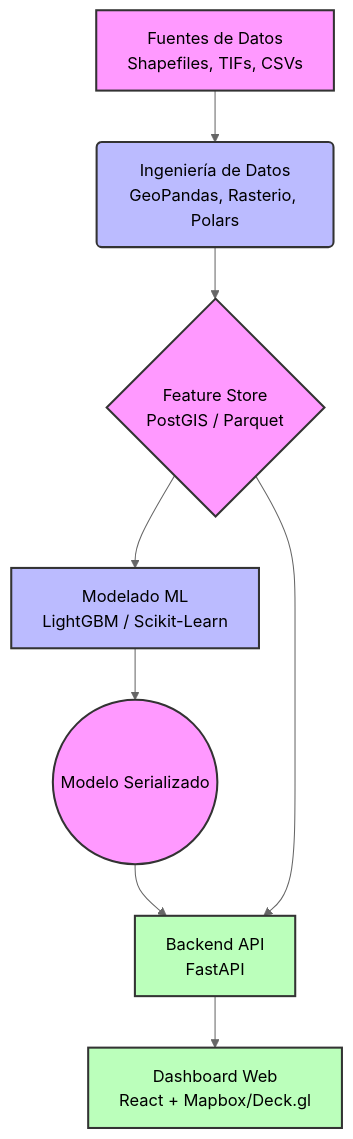
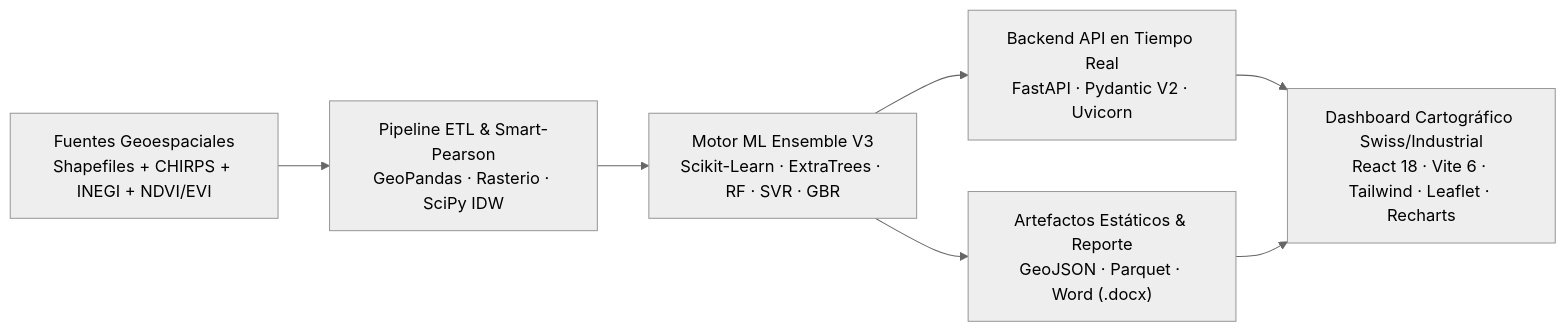
Before and after one commit to GalekTato/Agrotec-Amanteca: the diagram in README.md, drawn with Mermaid (neutral theme). The commit also changed other lines of this file and 10 other files, not shown here.

Commit message:
feat(v3.1): fix FastAPI/Pydantic warnings, navbar z-index, CHIRPS/Tmax simulator, model explanations, tech stack, footer, README and Word report

````diff
--- a/README.md
+++ b/README.md
@@ -16,18 +69,9 @@
 ```mermaid
-graph TD
-    A[Fuentes de Datos<br/>Shapefiles, TIFs, CSVs] --> B(Ingeniería de Datos<br/>GeoPandas, Rasterio, Polars)
-    B --> C{Feature Store<br/>PostGIS / Parquet}
-    C --> D[Modelado ML<br/>LightGBM / Scikit-Learn]
-    D --> E((Modelo Serializado))
-    E --> F[Backend API<br/>FastAPI]
-    C --> F
-    F --> G[Dashboard Web<br/>React + Mapbox/Deck.gl]
-    
-    classDef data fill:#f9f,stroke:#333,stroke-width:2px;
-    classDef process fill:#bbf,stroke:#333,stroke-width:2px;
-    classDef web fill:#bfb,stroke:#333,stroke-width:2px;
-    
-    class A,C,E data;
-    class B,D process;
-    class F,G web;
+flowchart LR
+    A["Fuentes Geoespaciales<br/>Shapefiles + CHIRPS + INEGI + NDVI/EVI"] --> B["Pipeline ETL & Smart-Pearson<br/>GeoPandas · Rasterio · SciPy IDW"]
+    B --> C["Motor ML Ensemble V3<br/>Scikit-Learn · ExtraTrees · RF · SVR · GBR"]
+    C --> D["Backend API en Tiempo Real<br/>FastAPI · Pydantic V2 · Uvicorn"]
+    C --> E["Artefactos Estáticos & Reporte<br/>GeoJSON · Parquet · Word (.docx)"]
+    D --> F["Dashboard Cartográfico Swiss/Industrial<br/>React 18 · Vite 6 · Tailwind · Leaflet · Recharts"]
+    E --> F
 ```
````
